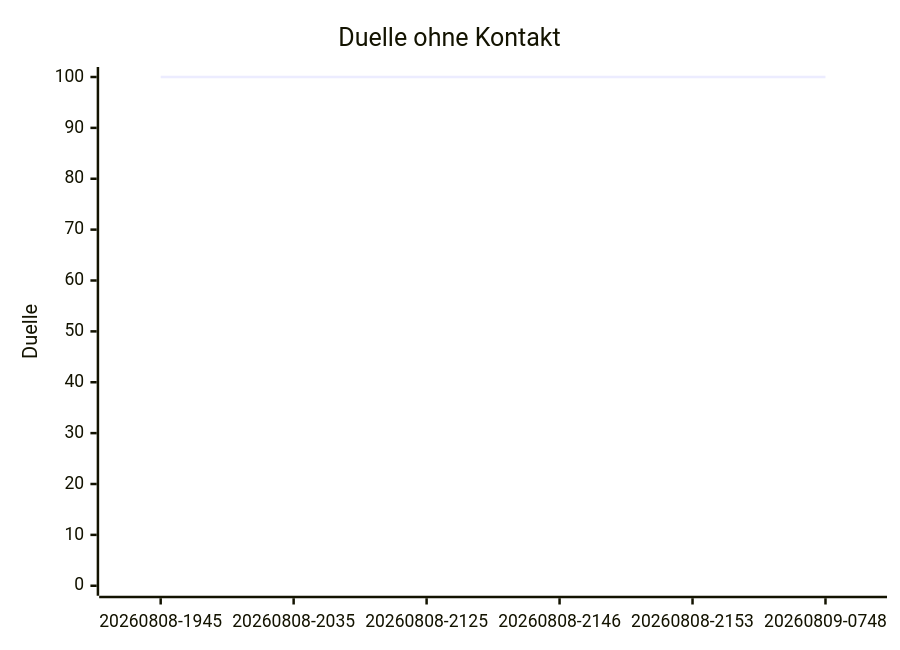
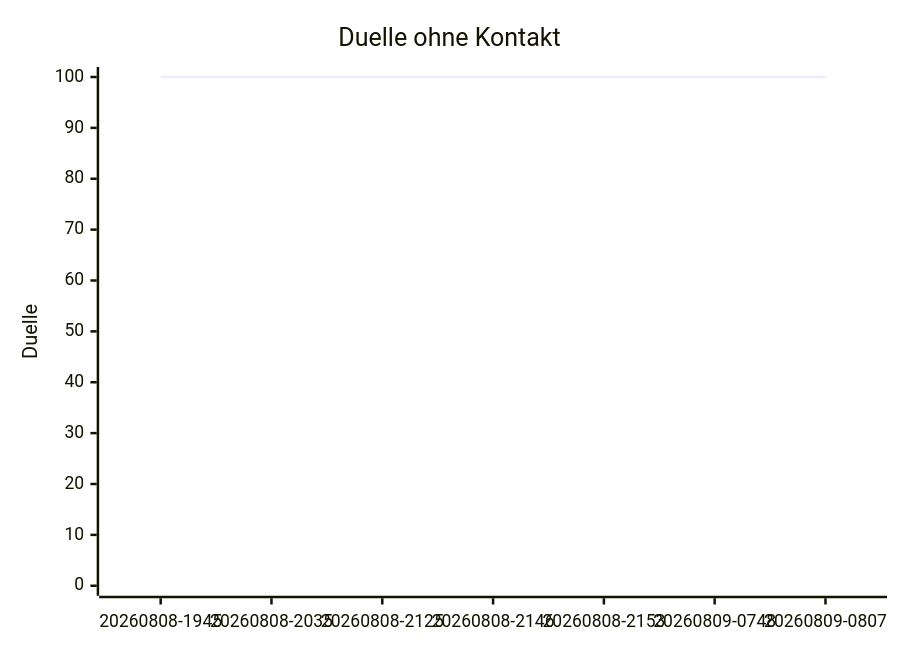
One commit to arn-c0de/Project_Nova changed the second of 3 diagrams in tools/Nova.AiLab/reports/README.md. Above: the diagram before and after it, drawn with Mermaid. The commit also changed other lines of this file and 272 other files, not shown here.

````diff
--- a/tools/Nova.AiLab/reports/README.md
+++ b/tools/Nova.AiLab/reports/README.md
@@ -60,7 +61,7 @@
 ```mermaid
 xychart-beta
     title "Duelle ohne Kontakt"
-    x-axis ["20260808-1945", "20260808-2035", "20260808-2125", "20260808-2146", "20260808-2153", "20260809-0748"]
+    x-axis ["20260808-1945", "20260808-2035", "20260808-2125", "20260808-2146", "20260808-2153", "20260809-0748", "20260809-0807"]
     y-axis "Duelle" 0 --> 100
-    line [100, 100, 100, 100, 100, 100]
+    line [100, 100, 100, 100, 100, 100, 100]
 ```
````
